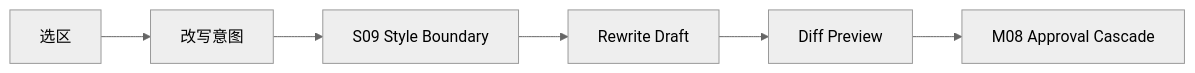
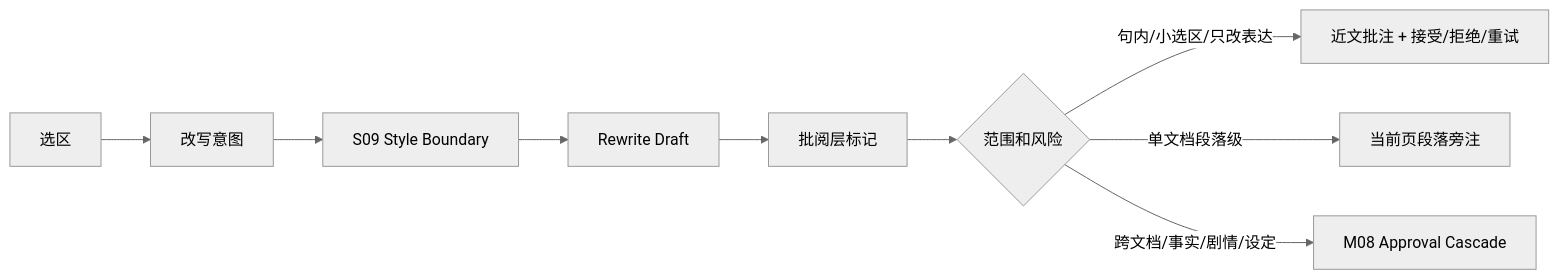
One commit to jinhuang712/open-novel changed the diagram in spec/M07-inline-rewrite-and-humanizer.md. Above: the diagram before and after it, drawn with Mermaid (neutral theme). The commit also changed other lines of this file and 13 other files, not shown here.

Commit message:
docs: define inline review approval path

````diff
--- a/spec/M07-inline-rewrite-and-humanizer.md
+++ b/spec/M07-inline-rewrite-and-humanizer.md
@@ -14,8 +14,11 @@
 ```mermaid
 flowchart LR
   Selection[选区] --> Intent[改写意图]
   Intent --> Style[S09 Style Boundary]
   Style --> Draft[Rewrite Draft]
-  Draft --> Diff[Diff Preview]
-  Diff --> Approval[M08 Approval Cascade]
+  Draft --> Mark[批阅层标记]
+  Mark --> Decision{范围和风险}
+  Decision -->|句内/小选区/只改表达| Inline[近文批注 + 接受/拒绝/重试]
+  Decision -->|单文档段落级| Margin[当前页段落旁注]
+  Decision -->|跨文档/事实/剧情/设定| Cascade[M08 Approval Cascade]
 ```
````
